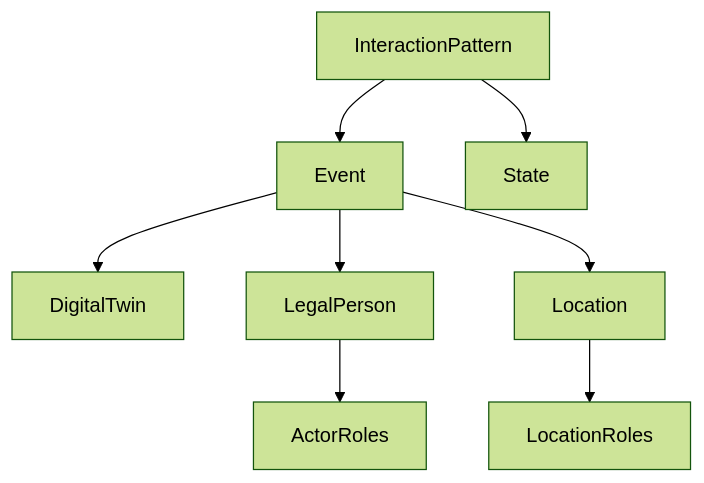
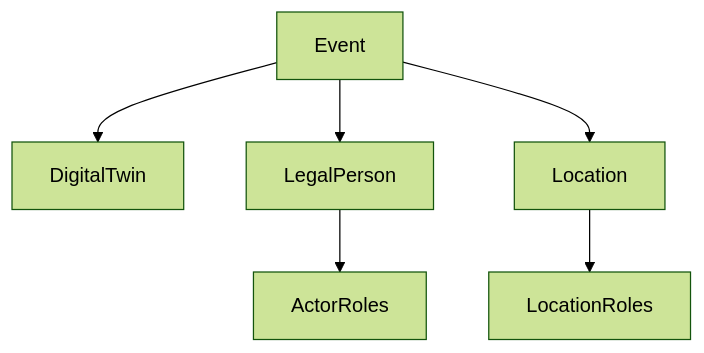
Before and after one commit to federatedplatforms/FEDeRATED-Semantic-Model: the diagram in README.md, drawn with Mermaid (forest theme).

Commit message:
Update README to remove InteractionPattern links
Removed InteractionPattern relationships from the diagram.

````diff
--- a/README.md
+++ b/README.md
@@ -91,10 +91,8 @@
 ```mermaid
 graph TD
     Event --> DigitalTwin
     Event --> LegalPerson
     Event --> Location
     LegalPerson --> ActorRoles
     Location --> LocationRoles
-    InteractionPattern --> Event
-    InteractionPattern --> State
 ```
````
